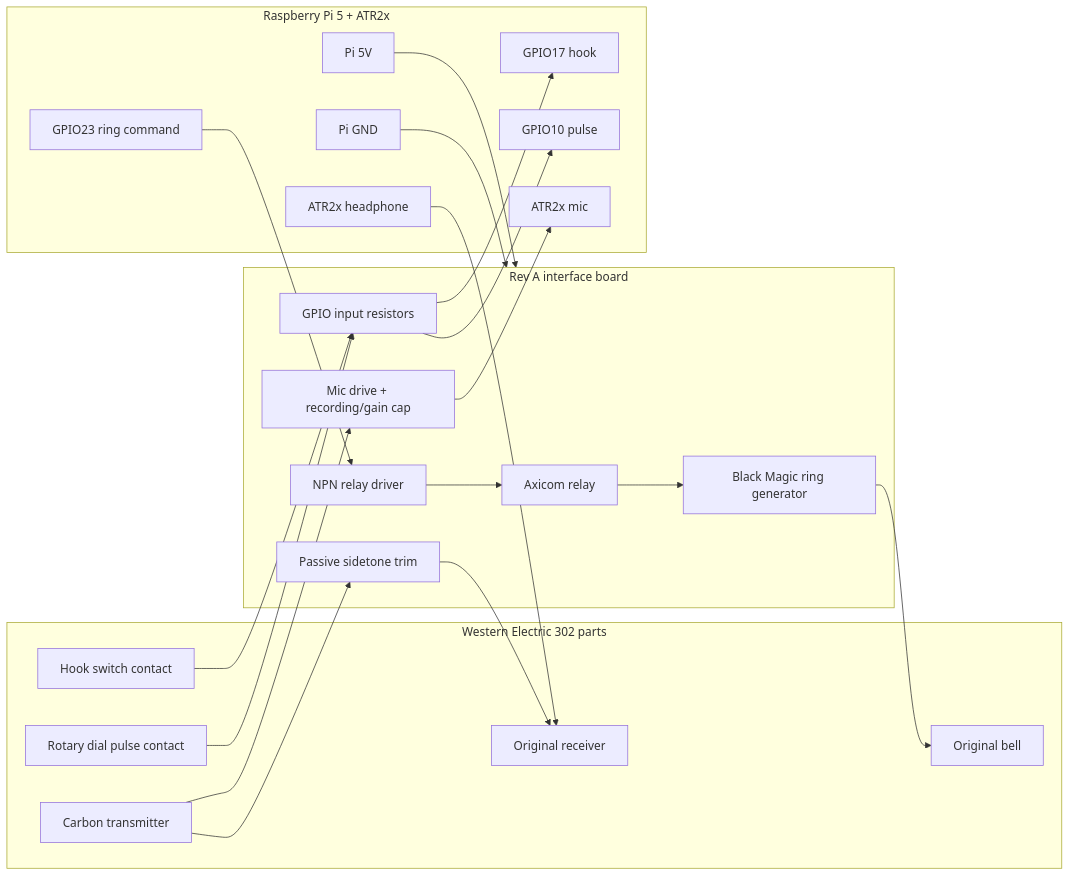
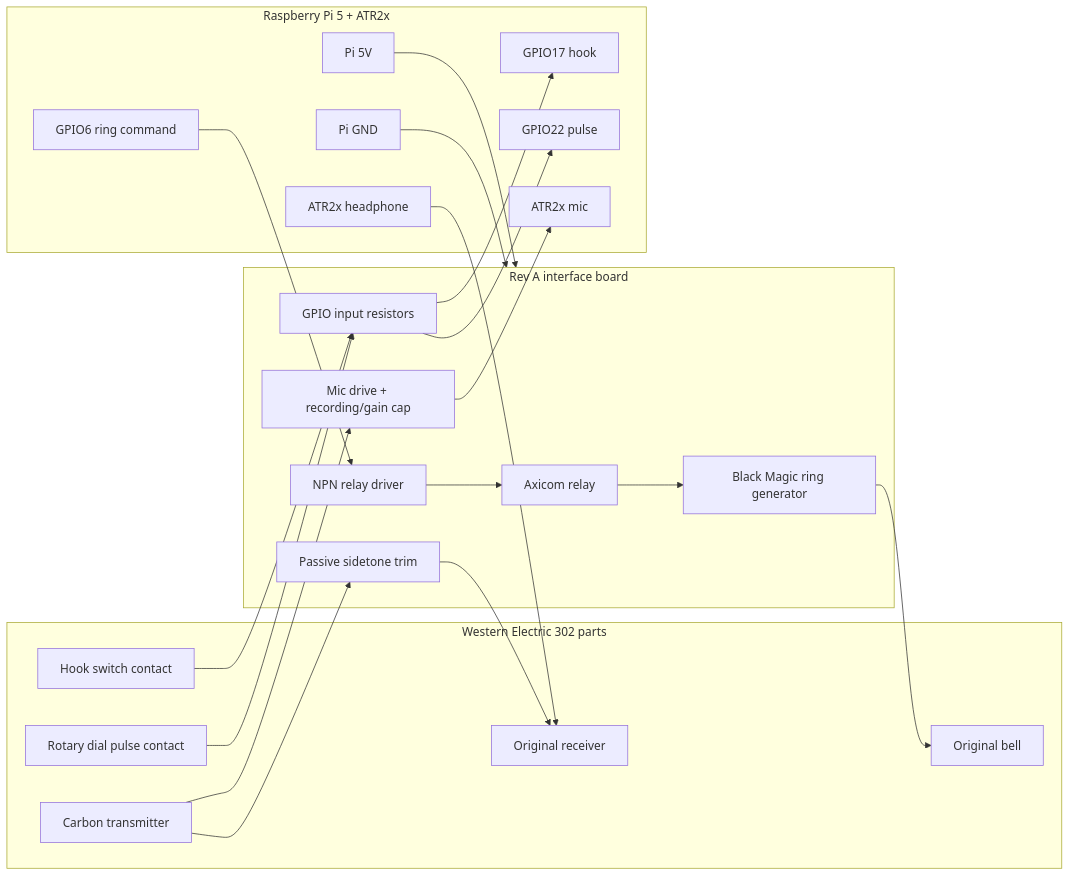
One commit to JohnJChase/operator changed the diagram in REV_A_BOARD_AS_BUILT.md. Above: the diagram before and after it, drawn with Mermaid. The commit also changed other lines of this file and 12 other files, not shown here.

````diff
--- a/REV_A_BOARD_AS_BUILT.md
+++ b/REV_A_BOARD_AS_BUILT.md
@@ -187,38 +187,38 @@
 ```mermaid
 flowchart LR
     subgraph PHONE["Western Electric 302 parts"]
         BELL["Original bell"]
         HOOK["Hook switch contact"]
         DIAL["Rotary dial pulse contact"]
         RX["Original receiver"]
         MIC["Carbon transmitter"]
     end
 
     subgraph BOARD["Rev A interface board"]
         RELAY["Axicom relay"]
         Q1["NPN relay driver"]
         BM["Black Magic ring generator"]
         MICBIAS["Mic drive + recording/gain cap"]
         SIDETONE["Passive sidetone trim"]
         GPIOIN["GPIO input resistors"]
     end
 
     subgraph PI["Raspberry Pi 5 + ATR2x"]
         GPIO17["GPIO17 hook"]
-        GPIO10["GPIO10 pulse"]
-        GPIO23["GPIO23 ring command"]
+        GPIO22["GPIO22 pulse"]
+        GPIO6["GPIO6 ring command"]
         PI5["Pi 5V"]
         PIGND["Pi GND"]
         ATRH["ATR2x headphone"]
         ATRM["ATR2x mic"]
     end
 
     PI5 --> BOARD
     PIGND --> BOARD
-    GPIO23 --> Q1 --> RELAY --> BM --> BELL
+    GPIO6 --> Q1 --> RELAY --> BM --> BELL
     HOOK --> GPIOIN --> GPIO17
-    DIAL --> GPIOIN --> GPIO10
+    DIAL --> GPIOIN --> GPIO22
     ATRH --> RX
     MIC --> MICBIAS --> ATRM
     MIC --> SIDETONE --> RX
 ```
````
